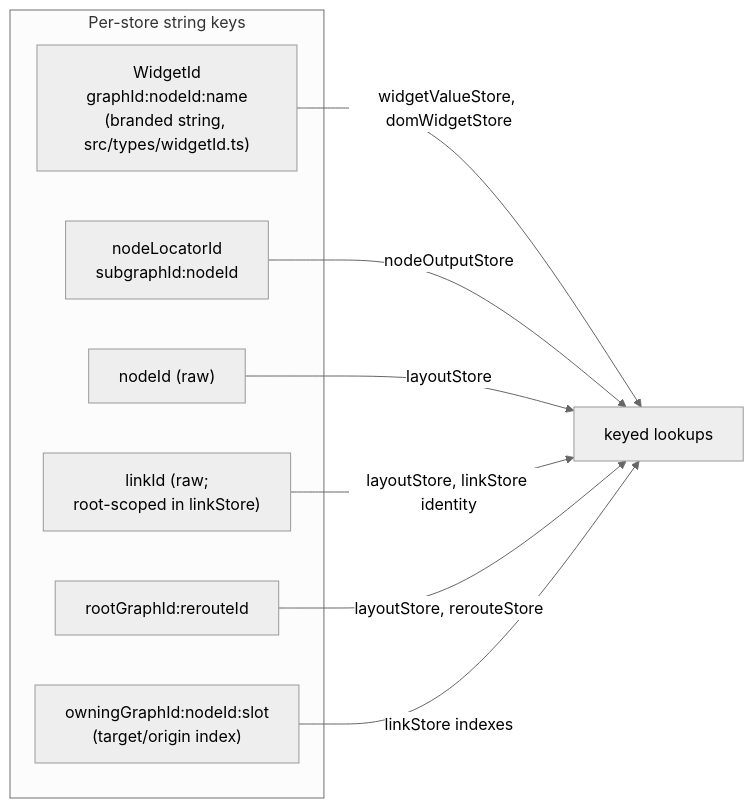
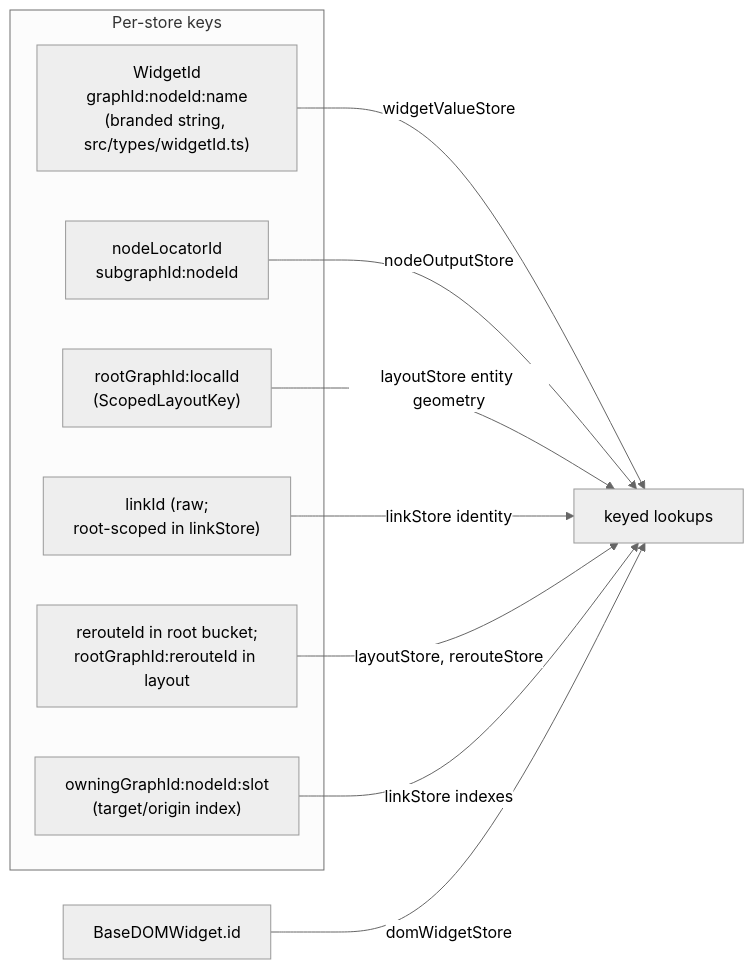
Before and after one commit to Comfy-Org/ComfyUI_frontend: the second of 12 diagrams in docs/architecture/ecs-target-architecture.md, drawn with Mermaid (neutral theme). The commit also changed other lines of this file and 20 other files, not shown here.

````diff
--- a/docs/architecture/ecs-target-architecture.md
+++ b/docs/architecture/ecs-target-architecture.md
@@ -62,23 +64,26 @@
 ```mermaid
 graph LR
-    subgraph "Per-store string keys"
+    subgraph "Per-store keys"
         WID["WidgetId
 graphId:nodeId:name
 (branded string, src/types/widgetId.ts)"]
         NLID["nodeLocatorId
 subgraphId:nodeId"]
-        NID["nodeId (raw)"]
+        NID["rootGraphId:localId
+(ScopedLayoutKey)"]
         LID["linkId (raw;
 root-scoped in linkStore)"]
-        RID["rootGraphId:rerouteId"]
+        RID["rerouteId in root bucket;
+rootGraphId:rerouteId in layout"]
         EPI["owningGraphId:nodeId:slot
 (target/origin index)"]
     end
 
-    WID -->|widgetValueStore, domWidgetStore| W["keyed lookups"]
+    WID -->|widgetValueStore| W["keyed lookups"]
+    DWID["BaseDOMWidget.id"] -->|domWidgetStore| W
     NLID -->|nodeOutputStore| W
-    NID -->|layoutStore| W
-    LID -->|layoutStore, linkStore identity| W
+    NID -->|layoutStore entity geometry| W
+    LID -->|linkStore identity| W
     RID -->|layoutStore, rerouteStore| W
     EPI -->|linkStore indexes| W
 ```
````
